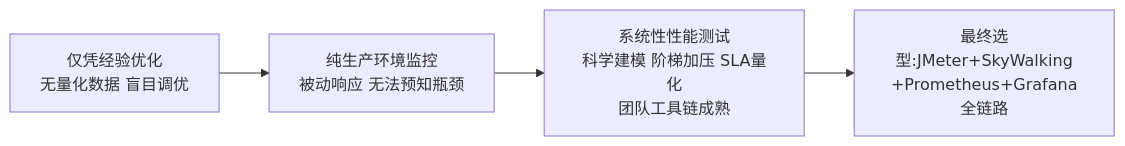
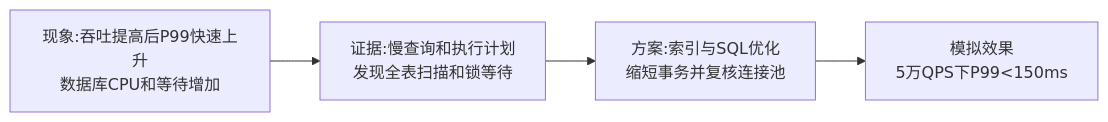
One commit to EdgarLQS/SoftwareArchitectureExamGuide changed the second of 4 diagrams in 02-论文专题/0003-测试/00-大纲记忆卡.md. Above: the diagram before and after it, drawn with Mermaid. The commit also changed other lines of this file, not shown here.

````diff
--- a/02-论文专题/0003-测试/00-大纲记忆卡.md
+++ b/02-论文专题/0003-测试/00-大纲记忆卡.md
@@ -32,6 +104,6 @@
 ```mermaid
 flowchart LR
-    A["仅凭经验优化<br/>无量化数据 盲目调优"] --> B["纯生产环境监控<br/>被动响应 无法预知瓶颈"]
-    B --> C["系统性性能测试<br/>科学建模 阶梯加压 SLA量化<br/>团队工具链成熟"]
-    C --> D["最终选型:JMeter+SkyWalking<br/>+Prometheus+Grafana全链路"]
+    A["现象:吞吐提高后P99快速上升<br/>数据库CPU和等待增加"] --> B["证据:慢查询和执行计划<br/>发现全表扫描和锁等待"]
+    B --> C["方案:索引与SQL优化<br/>缩短事务并复核连接池"]
+    C --> D["模拟效果<br/>5万QPS下P99<150ms"]
 ```
````
